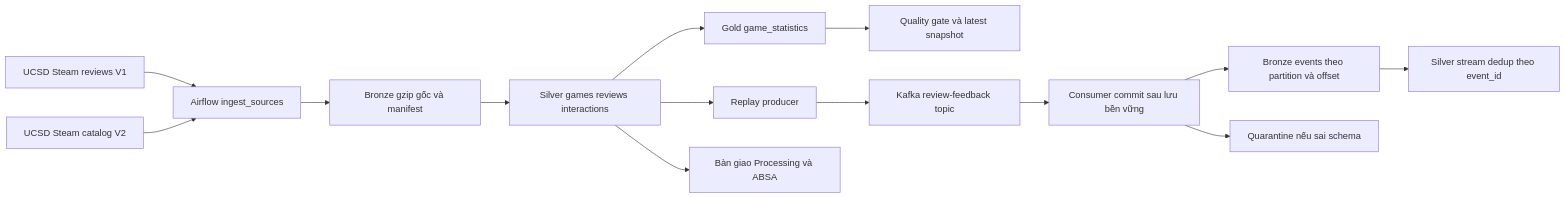
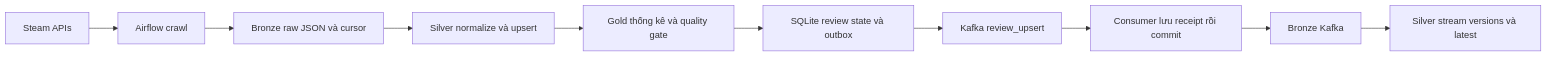
Before and after one commit to LeHongCat/steam-game-recommendations: the diagram in docs/PLAN_TODAY.md, drawn with Mermaid. The commit also changed other lines of this file and 31 other files, not shown here.

Commit message:
Replace dataset demo with live Steam API ingestion and Kafka upserts

````diff
--- a/docs/PLAN_TODAY.md
+++ b/docs/PLAN_TODAY.md
@@ -24,16 +24,12 @@
 ```mermaid
 flowchart LR
-    R[UCSD Steam reviews V1] --> A[Airflow ingest_sources]
-    G[UCSD Steam catalog V2] --> A
-    A --> B[Bronze gzip gốc và manifest]
-    B --> S[Silver games reviews interactions]
-    S --> T[Gold game_statistics]
-    T --> Q[Quality gate và latest snapshot]
-    S --> P[Replay producer]
-    P --> K[Kafka review-feedback topic]
-    K --> C[Consumer commit sau lưu bền vững]
-    C --> E[Bronze events theo partition và offset]
-    C --> X[Quarantine nếu sai schema]
-    E --> D[Silver stream dedup theo event_id]
-    S --> H[Bàn giao Processing và ABSA]
+  A[Steam APIs] --> B[Airflow crawl]
+  B --> C[Bronze raw JSON và cursor]
+  C --> D[Silver normalize và upsert]
+  D --> E[Gold thống kê và quality gate]
+  E --> F[SQLite review state và outbox]
+  F --> G[Kafka review_upsert]
+  G --> H[Consumer lưu receipt rồi commit]
+  H --> I[Bronze Kafka]
+  I --> J[Silver stream versions và latest]
 ```
````
